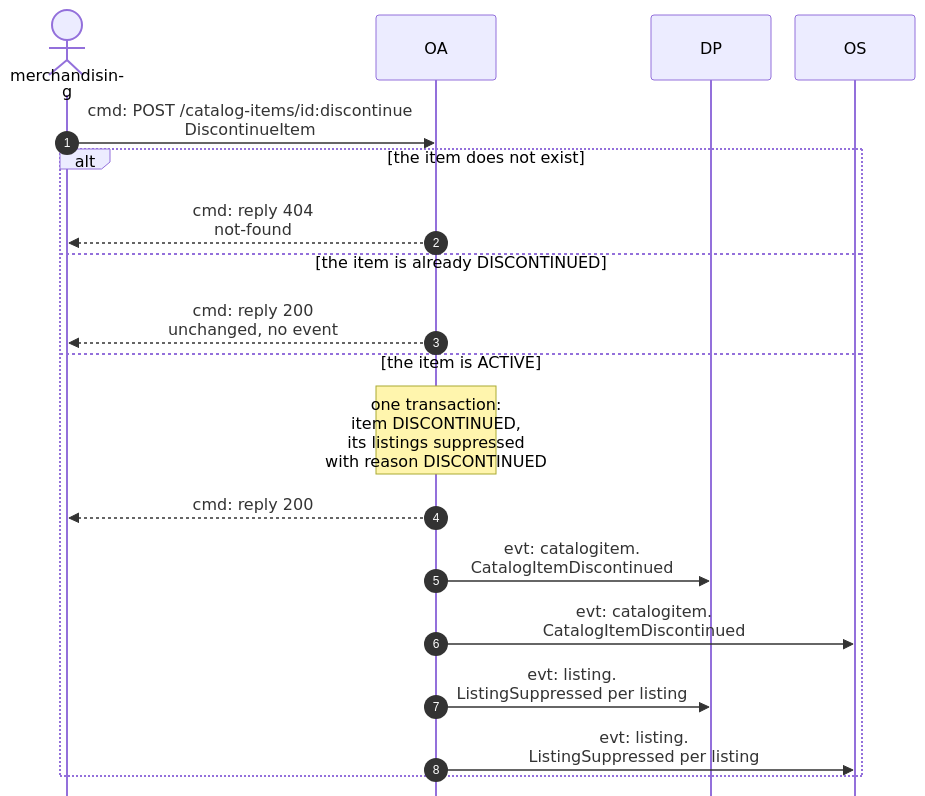
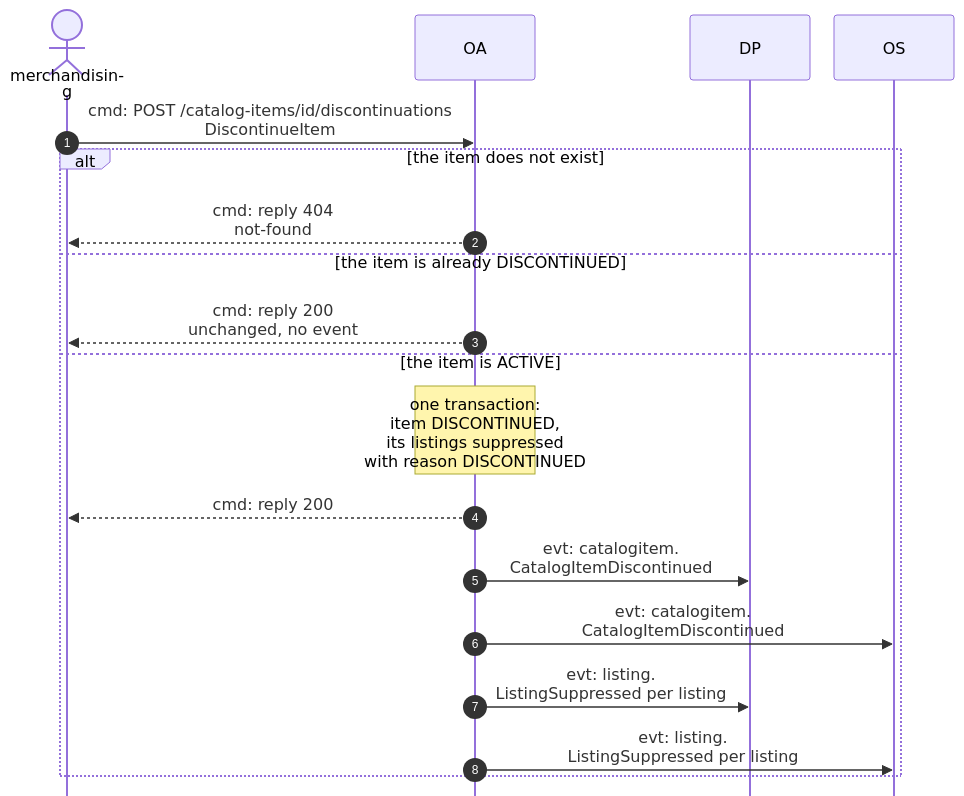
Before and after one commit to IQVO/offer-availability: the seventh of 7 diagrams in docs/docs/ddd/domain-message-flow.md, drawn with Mermaid. The commit also changed 34 other files, not shown here.

````diff
--- a/docs/docs/ddd/domain-message-flow.md
+++ b/docs/docs/ddd/domain-message-flow.md
@@ -205,22 +205,22 @@
 ```mermaid
 %%{init: {"sequence": {"wrap": true, "width": 120, "actorMargin": 24, "messageMargin": 28, "boxMargin": 6, "noteMargin": 6, "mirrorActors": false}}}%%
 sequenceDiagram
     autonumber
     actor MER as merchandising
     participant OA
     participant DP
     participant OS
-    MER->>OA: cmd: POST /catalog-items/id:discontinue<br/>DiscontinueItem
+    MER->>OA: cmd: POST /catalog-items/id/discontinuations<br/>DiscontinueItem
     alt the item does not exist
         OA-->>MER: cmd: reply 404<br/>not-found
     else the item is already DISCONTINUED
         OA-->>MER: cmd: reply 200<br/>unchanged, no event
     else the item is ACTIVE
         Note over OA: one transaction:<br/>item DISCONTINUED,<br/>its listings suppressed<br/>with reason DISCONTINUED
         OA-->>MER: cmd: reply 200
         OA->>DP: evt: catalogitem.<br/>CatalogItemDiscontinued
         OA->>OS: evt: catalogitem.<br/>CatalogItemDiscontinued
         OA->>DP: evt: listing.<br/>ListingSuppressed per listing
         OA->>OS: evt: listing.<br/>ListingSuppressed per listing
     end
 ```
````
